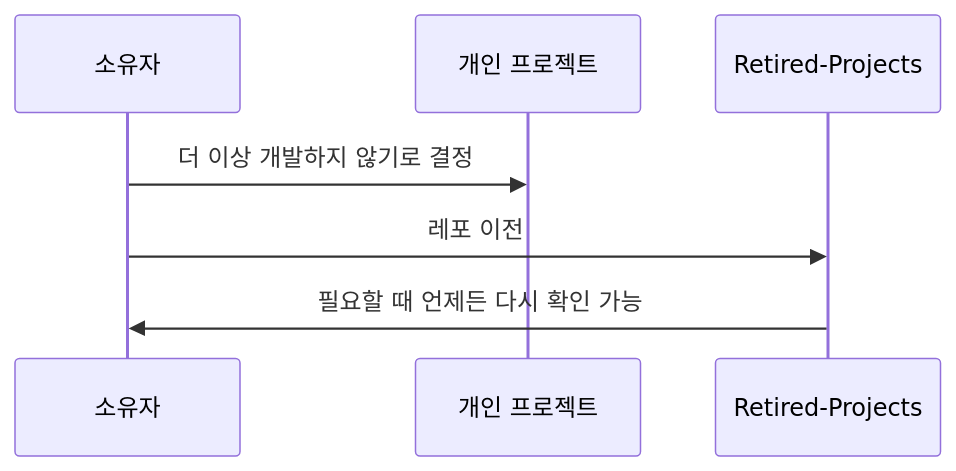
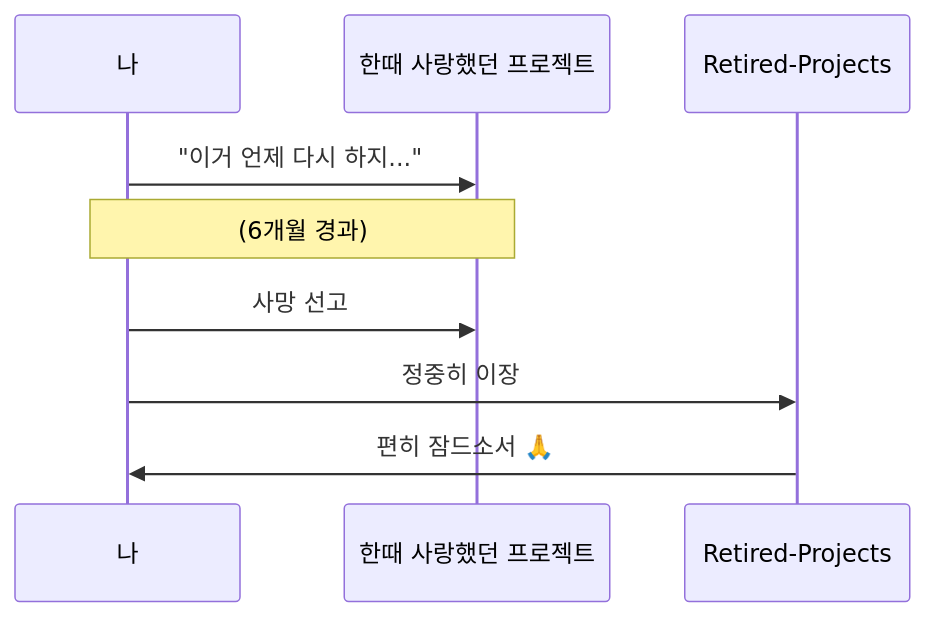
The second of 2 diagrams in profile/README.md (Retired-Projects/.github), drawn with Mermaid before and after one commit. The commit also changed other lines of this file, not shown here.

````diff
--- a/profile/README.md
+++ b/profile/README.md
@@ -17,9 +20,11 @@
 ```mermaid
 sequenceDiagram
-    participant O as 소유자
-    participant P as 개인 프로젝트
+    participant O as 나
+    participant P as 한때 사랑했던 프로젝트
     participant R as Retired-Projects
-    O->>P: 더 이상 개발하지 않기로 결정
-    O->>R: 레포 이전
-    R->>O: 필요할 때 언제든 다시 확인 가능
+    O->>P: "이거 언제 다시 하지..."
+    Note over O,P: (6개월 경과)
+    O->>P: 사망 선고
+    O->>R: 정중히 이장
+    R->>O: 편히 잠드소서 🙏
 ```
````
